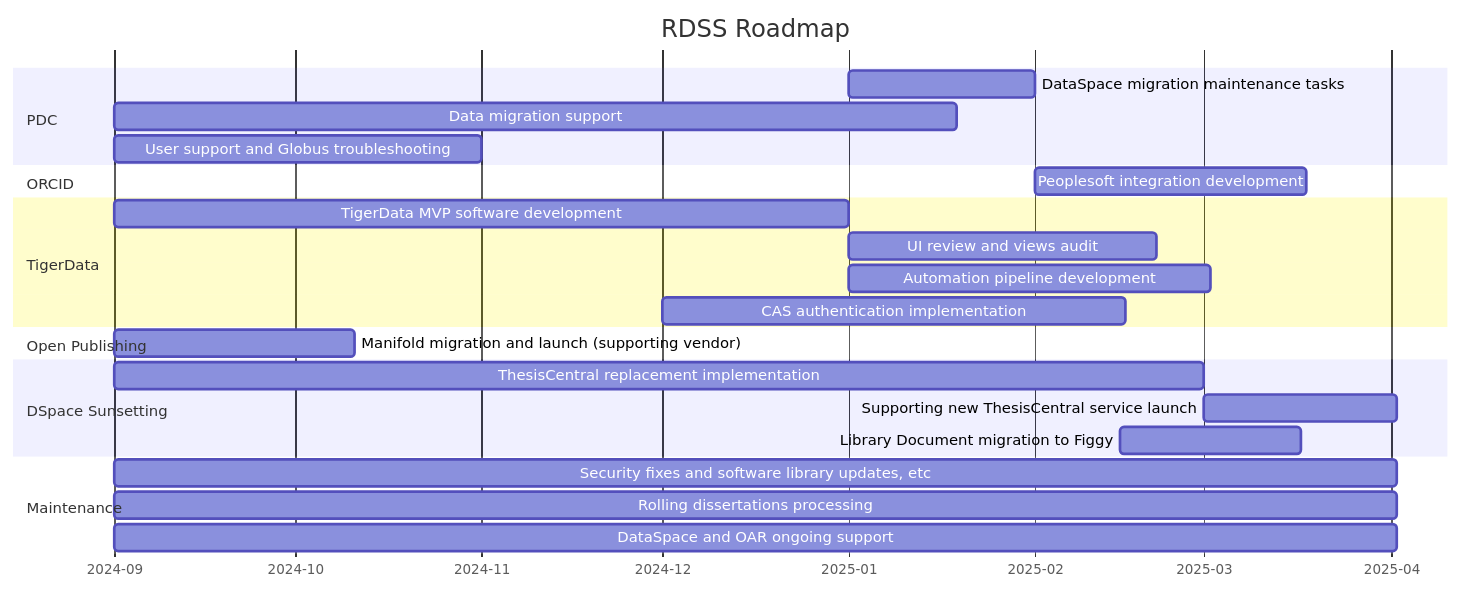
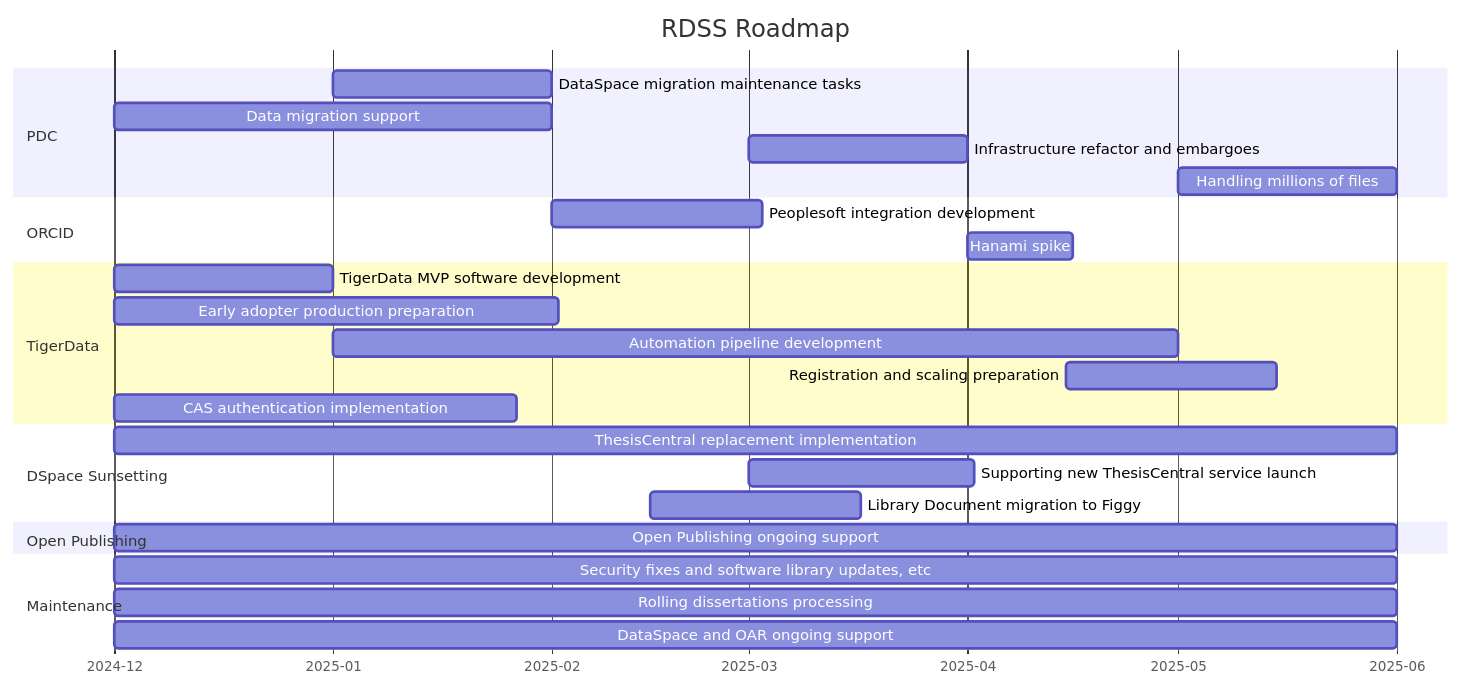
One commit to pulibrary/rdss-handbook changed the diagram in roadmap.md. Above: the diagram before and after it, drawn with Mermaid.

Commit message:
Updated roadmap through May

````diff
--- a/roadmap.md
+++ b/roadmap.md
@@ -5,27 +5,30 @@
 ```mermaid
 gantt
     title RDSS Roadmap
     axisFormat  %Y-%m
     dateformat YYYY-MM
     section PDC
     DataSpace migration maintenance tasks: pd1,2025-01-01,31d
-    Data migration support: pd2,2024-09-01,140d
-    User support and Globus troubleshooting: pd3,2024-09-01,61d
+    Data migration support: pd2,2024-12-01,62d
+    Infrastructure refactor and embargoes: pd3, 2025-03-01, 31d
+    Handling millions of files: pd5, 2025-05-01, 31d
     section ORCID
-    Peoplesoft integration development: or1,2025-02-01,45d
+    Peoplesoft integration development: or1,2025-02-01,30d
+    Hanami spike: 2025-04-01, 15d
     section TigerData
-    TigerData MVP software development: td1,2024-09-01,122d
-    UI review and views audit: td2,2025-01-01, 51d
-    Automation pipeline development: td3,2025-01-01,60d 
-    CAS authentication implementation: td4,2024-12-01,77d
-    section Open Publishing
-    Manifold migration and launch (supporting vendor): op1,2024-09-01,40d
+    TigerData MVP software development: td1,2024-12-01,31d
+    Early adopter production preparation: td1,2024-12-01,63d
+    Automation pipeline development: td3,2025-01-01,120d 
+    Registration and scaling preparation: td5, 2025-04-15, 30d
+    CAS authentication implementation: td4,2024-12-01,57d
     section DSpace Sunsetting
-    ThesisCentral replacement implementation: dsps1,2024-09-01,181d
+    ThesisCentral replacement implementation: dsps1,2024-12-01,182d
     Supporting new ThesisCentral service launch: dsps2,2025-03-01,32d
     Library Document migration to Figgy: dsps3,2025-02-15,30d
+    section Open Publishing
+    Open Publishing ongoing support: dsp3,2024-12-01,182d
     section Maintenance
-    Security fixes and software library updates, etc: dsp1,2024-09-01,213d
-    Rolling dissertations processing: dsp2,2024-09-01,213d
-    DataSpace and OAR ongoing support: dsp3,2024-09-01,213d
+    Security fixes and software library updates, etc: dsp1,2024-12-01,182d
+    Rolling dissertations processing: dsp2,2024-12-01,182d
+    DataSpace and OAR ongoing support: dsp3,2024-12-01,182d
 ```
````
